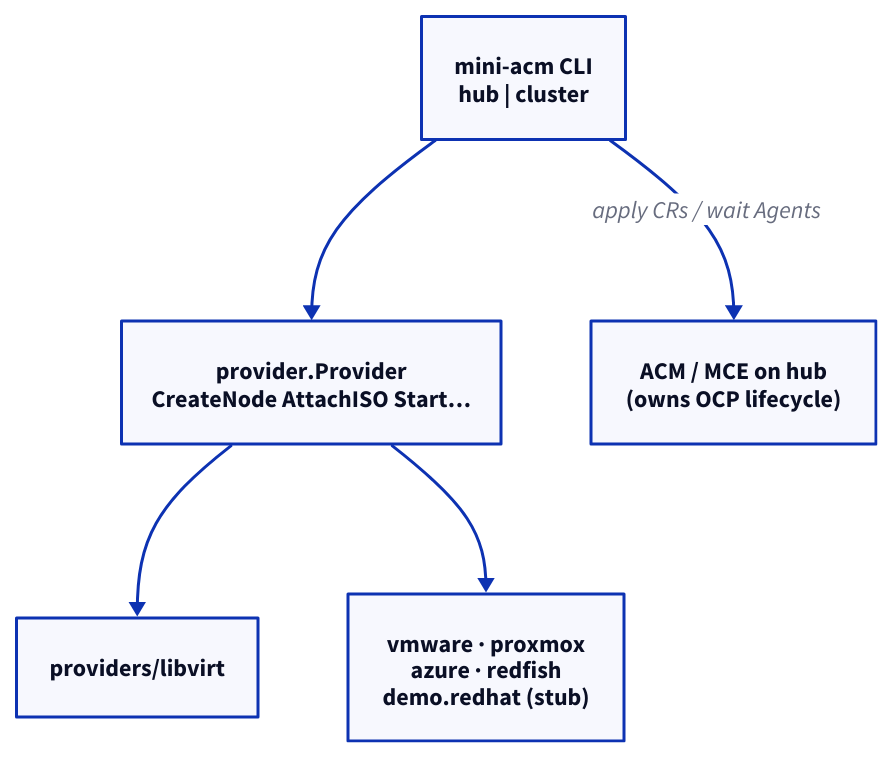
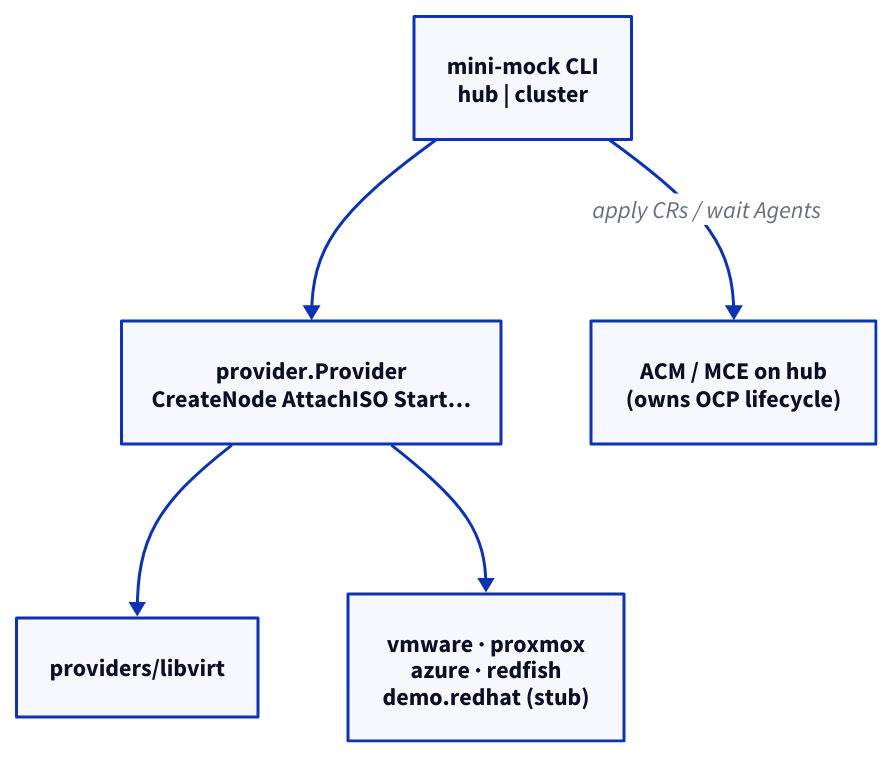
The diagram in diagrams/architecture.d2 (dasmlab/mini-acm), drawn with D2 before and after one commit. The commit also changed 52 other files, not shown here.

First line of the commit message:
Rename product to mini-mock and add Keycloak SSO.

```diff
--- a/diagrams/architecture.d2
+++ b/diagrams/architecture.d2
@@ -1,12 +1,12 @@
 direction: down
 
-cli: "mini-acm CLI\nhub | cluster"
+cli: "mini-mock CLI\nhub | cluster"
 iface: "provider.Provider\nCreateNode AttachISO Start…"
 libvirt: "providers/libvirt"
 future: "vmware · proxmox\nazure · redfish\ndemo.redhat (stub)"
 acm: "ACM / MCE on hub\n(owns OCP lifecycle)"
 
 cli -> iface
 iface -> libvirt
 iface -> future
 cli -> acm: "apply CRs / wait Agents"
```
